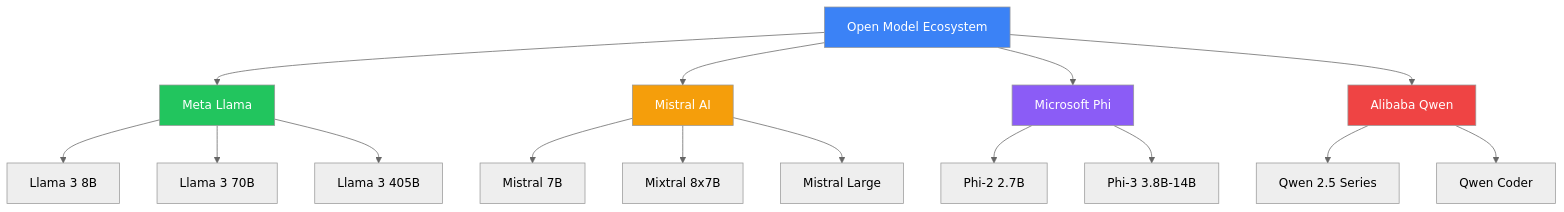
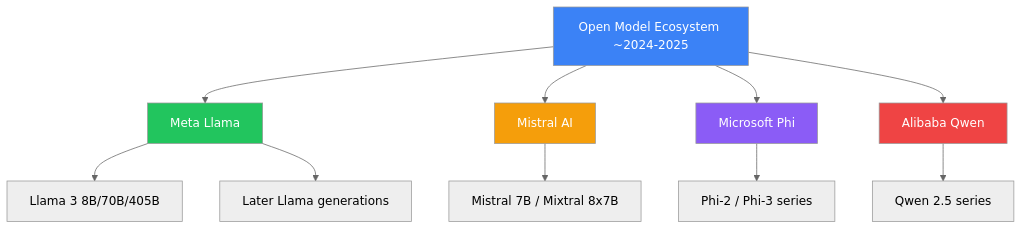
The first of 3 diagrams in src/content/modules/advanced-local-open-models.mdx (smartbeep4/trainer), drawn with Mermaid (neutral theme) before and after one commit. The commit also changed other lines of this file and 58 other files, not shown here.

````diff
--- a/src/content/modules/advanced-local-open-models.mdx
+++ b/src/content/modules/advanced-local-open-models.mdx
@@ -55,27 +57,22 @@
 ```mermaid
 graph TD
-    A[Open Model Ecosystem] --> B[Meta Llama]
+    A[Open Model Ecosystem ~2024-2025] --> B[Meta Llama]
     A --> C[Mistral AI]
     A --> D[Microsoft Phi]
     A --> E[Alibaba Qwen]
 
-    B --> B1[Llama 3 8B]
-    B --> B2[Llama 3 70B]
-    B --> B3[Llama 3 405B]
+    B --> B1[Llama 3 8B/70B/405B]
+    B --> B2[Later Llama generations]
 
-    C --> C1[Mistral 7B]
-    C --> C2[Mixtral 8x7B]
-    C --> C3[Mistral Large]
+    C --> C1[Mistral 7B / Mixtral 8x7B]
 
-    D --> D1[Phi-2 2.7B]
-    D --> D2[Phi-3 3.8B-14B]
+    D --> D1[Phi-2 / Phi-3 series]
 
-    E --> E1[Qwen 2.5 Series]
-    E --> E2[Qwen Coder]
+    E --> E1[Qwen 2.5 series]
 
     style A fill:#3b82f6,color:#fff
     style B fill:#22c55e,color:#fff
     style C fill:#f59e0b,color:#fff
     style D fill:#8b5cf6,color:#fff
     style E fill:#ef4444,color:#fff
 ```
````
